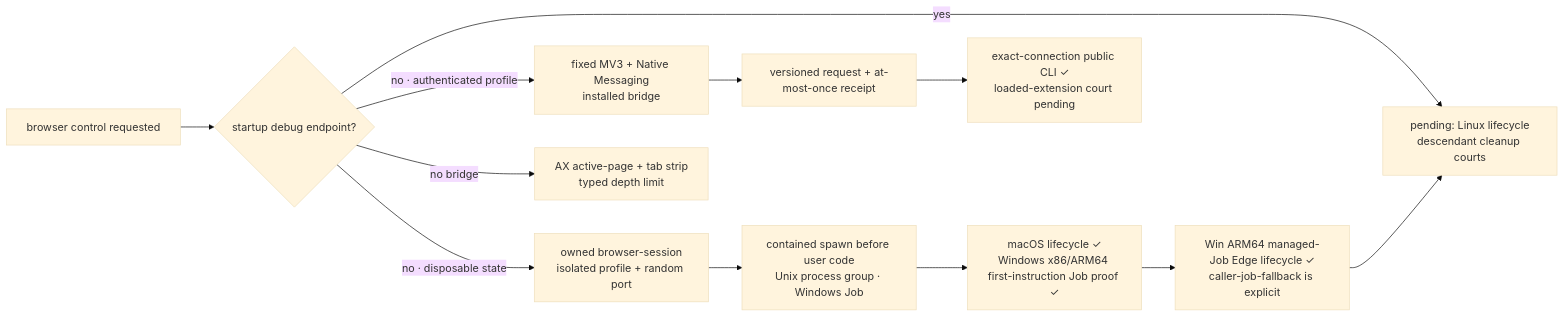
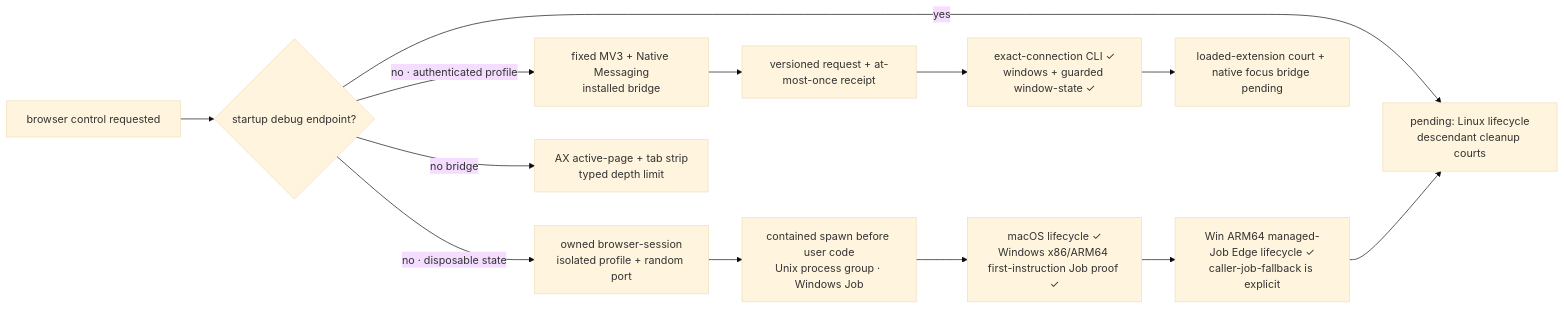
Before and after one commit to partnernetsoftware/agenterm: the fifth of 16 diagrams in prd/PRD_02_28_agenterm_cu.md, drawn with Mermaid (base theme). The commit also changed other lines of this file and 16 other files, not shown here.

Commit message:
cu: add exact browser window lifecycle bridge

````diff
--- a/prd/PRD_02_28_agenterm_cu.md
+++ b/prd/PRD_02_28_agenterm_cu.md
@@ -626,14 +635,15 @@
 ```mermaid
 flowchart LR
   B["browser control requested"] --> D{"startup debug endpoint?"}
   D -->|yes| P["borrow exact PID/port<br/>owned=false"]
   D -->|no · disposable state| S["owned browser-session<br/>isolated profile + random port"]
   D -->|no · authenticated profile| X["fixed MV3 + Native Messaging<br/>installed bridge"]
   D -->|no bridge| A["AX active-page + tab strip<br/>typed depth limit"]
   S --> C["contained spawn before user code<br/>Unix process group · Windows Job"]
   C --> E["macOS lifecycle ✓<br/>Windows x86/ARM64 first-instruction Job proof ✓"]
   E --> W["Win ARM64 managed-Job Edge lifecycle ✓<br/>caller-job-fallback is explicit"]
   W --> P["pending: Linux lifecycle<br/>descendant cleanup courts"]
   X --> R["versioned request + at-most-once receipt"]
-  R --> Y["exact-connection public CLI ✓<br/>loaded-extension court pending"]
+  R --> Y["exact-connection CLI ✓<br/>windows + guarded window-state ✓"]
+  Y --> Z["loaded-extension court + native focus bridge pending"]
 ```
````
